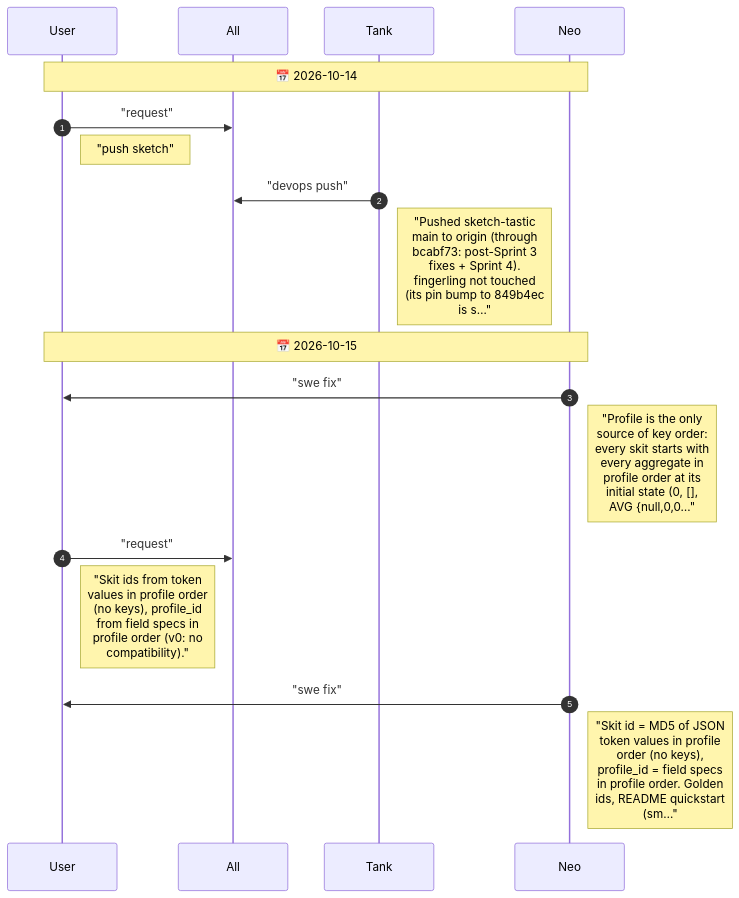
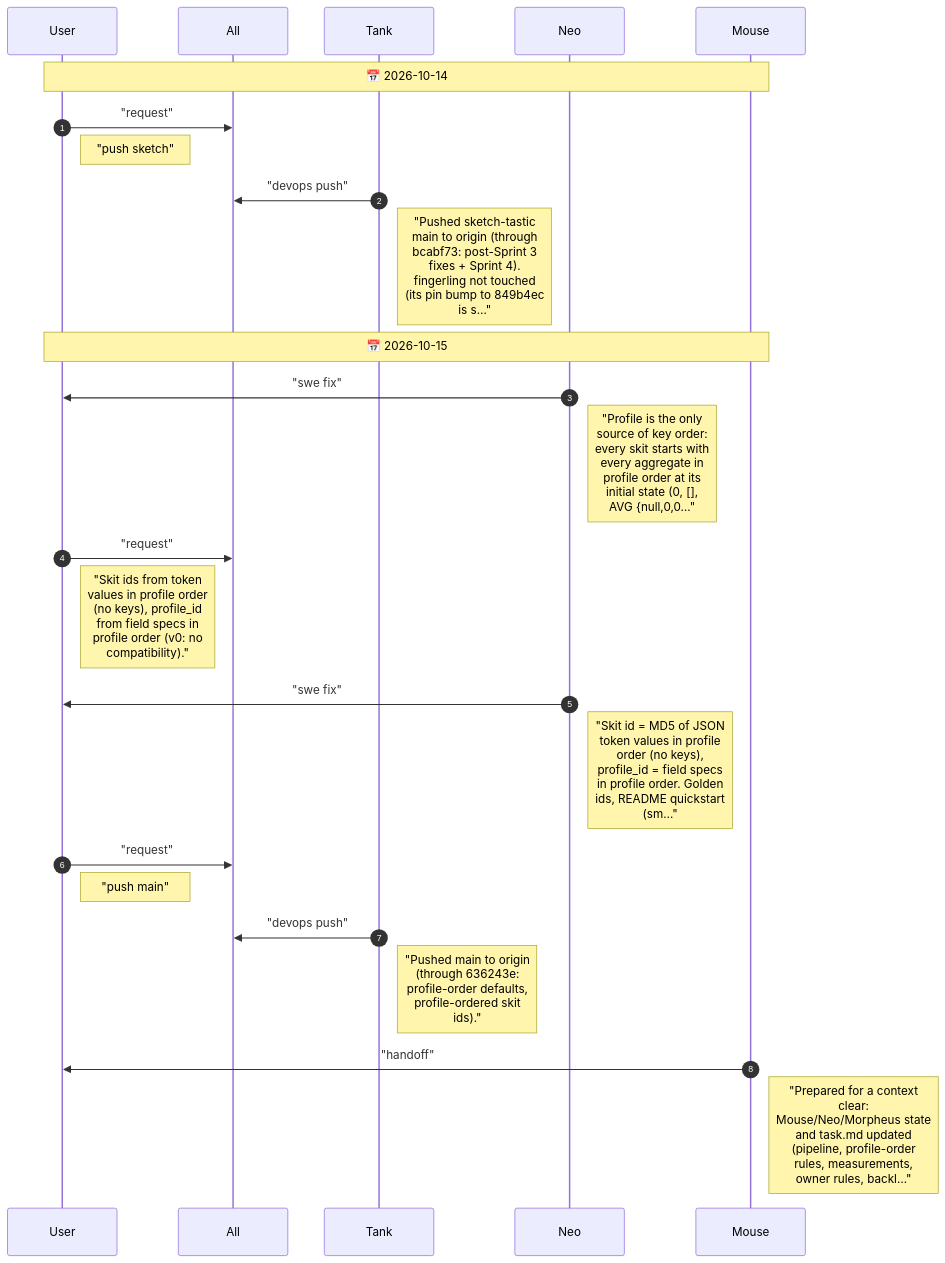
The diagram in agents/CHAT.diagram.md (drusifer/sketch-tastic), drawn with Mermaid before and after one commit. The commit also changed 5 other files, not shown here.

First line of the commit message:
docs(agents): state and task board for a context clear

````diff
--- a/agents/CHAT.diagram.md
+++ b/agents/CHAT.diagram.md
@@ -5,21 +5,28 @@
 ```mermaid
 %%{init: {"sequence": {"messageFontSize": 14, "noteFontSize": 18, "actorFontSize": 14}}}%%
 sequenceDiagram
     autonumber
     participant User
     participant All
     participant Tank
     participant Neo
-    Note over User,Neo: 📅 2026-10-14
+    participant Mouse
+    Note over User,Mouse: 📅 2026-10-14
     User->>All: "request"
     Note right of User: "push sketch"
     Tank->>All: "devops push"
     Note right of Tank: "Pushed sketch-tastic<br/>main to origin (through<br/>bcabf73: post-Sprint 3<br/>fixes + Sprint 4).<br/>fingerling not touched<br/>(its pin bump to 849b4ec<br/>is s…"
-    Note over User,Neo: 📅 2026-10-15
+    Note over User,Mouse: 📅 2026-10-15
     Neo->>User: "swe fix"
     Note right of Neo: "Profile is the only<br/>source of key order:<br/>every skit starts with<br/>every aggregate in<br/>profile order at its<br/>initial state (0, [],<br/>AVG {null,0,0…"
     User->>All: "request"
     Note right of User: "Skit ids from token<br/>values in profile order<br/>(no keys), profile_id<br/>from field specs in<br/>profile order (v0: no<br/>compatibility)."
     Neo->>User: "swe fix"
     Note right of Neo: "Skit id = MD5 of JSON<br/>token values in profile<br/>order (no keys),<br/>profile_id = field specs<br/>in profile order. Golden<br/>ids, README quickstart<br/>(sm…"
+    User->>All: "request"
+    Note right of User: "push main"
+    Tank->>All: "devops push"
+    Note right of Tank: "Pushed main to origin<br/>(through 636243e:<br/>profile-order defaults,<br/>profile-ordered skit<br/>ids)."
+    Mouse->>User: "handoff"
+    Note right of Mouse: "Prepared for a context<br/>clear:<br/>Mouse/Neo/Morpheus state<br/>and task.md updated<br/>(pipeline, profile-order<br/>rules, measurements,<br/>owner rules, backl…"
 ```
````
